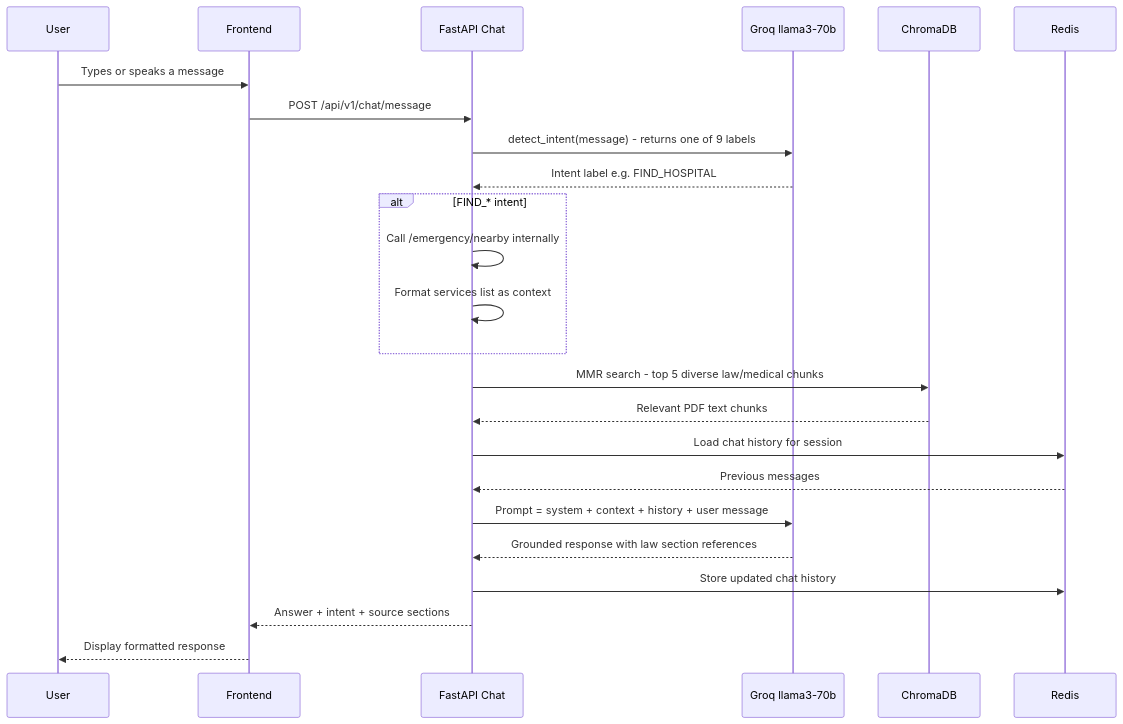
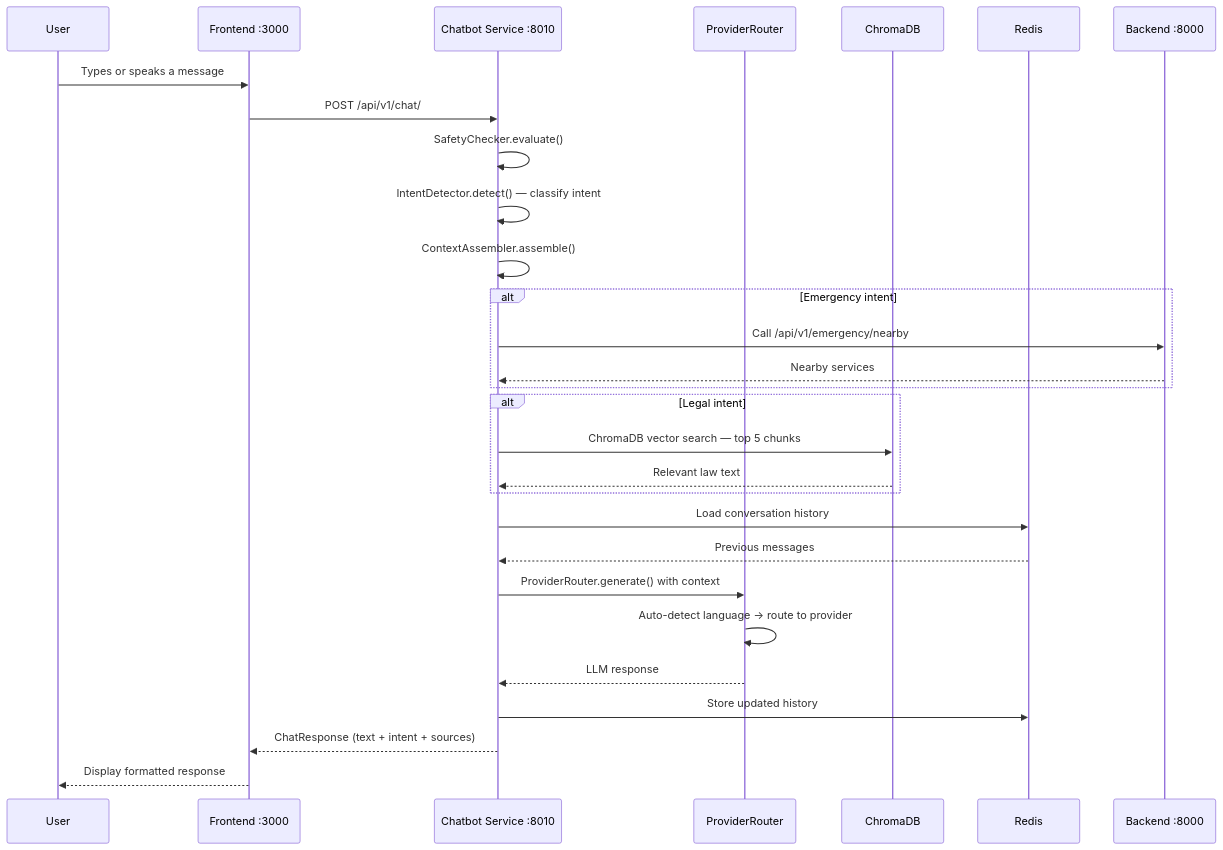
Before and after one commit to SafeVision-AI/SafeVision-AI: the sixth of 6 diagrams in docs/Architecture.md, drawn with Mermaid. The commit also changed other lines of this file and 27 other files, not shown here.

Commit message:
docs: Comprehensive audit and sync to latest architecture (Next.js 15, MapLibre GL, 11-provider AI, Sarvam)

````diff
--- a/docs/Architecture.md
+++ b/docs/Architecture.md
@@ -128,29 +171,34 @@
 ```mermaid
 sequenceDiagram
     participant U as User
-    participant FE as Frontend
-    participant API as FastAPI Chat
-    participant G as Groq llama3-70b
+    participant FE as Frontend :3000
+    participant CS as Chatbot Service :8010
+    participant PR as ProviderRouter
     participant C as ChromaDB
     participant R as Redis
+    participant BE as Backend :8000
 
     U->>FE: Types or speaks a message
-    FE->>API: POST /api/v1/chat/message
-    API->>G: detect_intent(message) - returns one of 9 labels
-    G-->>API: Intent label e.g. FIND_HOSPITAL
+    FE->>CS: POST /api/v1/chat/
+    CS->>CS: SafetyChecker.evaluate()
+    CS->>CS: IntentDetector.detect() — classify intent
+    CS->>CS: ContextAssembler.assemble()
 
-    alt FIND_* intent
-        API->>API: Call /emergency/nearby internally
-        API->>API: Format services list as context
+    alt Emergency intent
+        CS->>BE: Call /api/v1/emergency/nearby
+        BE-->>CS: Nearby services
+    end
+    alt Legal intent
+        CS->>C: ChromaDB vector search — top 5 chunks
+        C-->>CS: Relevant law text
     end
 
-    API->>C: MMR search - top 5 diverse law/medical chunks
-    C-->>API: Relevant PDF text chunks
-    API->>R: Load chat history for session
-    R-->>API: Previous messages
-    API->>G: Prompt = system + context + history + user message
-    G-->>API: Grounded response with law section references
-    API->>R: Store updated chat history
-    API-->>FE: Answer + intent + source sections
+    CS->>R: Load conversation history
+    R-->>CS: Previous messages
+    CS->>PR: ProviderRouter.generate() with context
+    PR->>PR: Auto-detect language → route to provider
+    PR-->>CS: LLM response
+    CS->>R: Store updated history
+    CS-->>FE: ChatResponse (text + intent + sources)
     FE-->>U: Display formatted response
 ```
````
